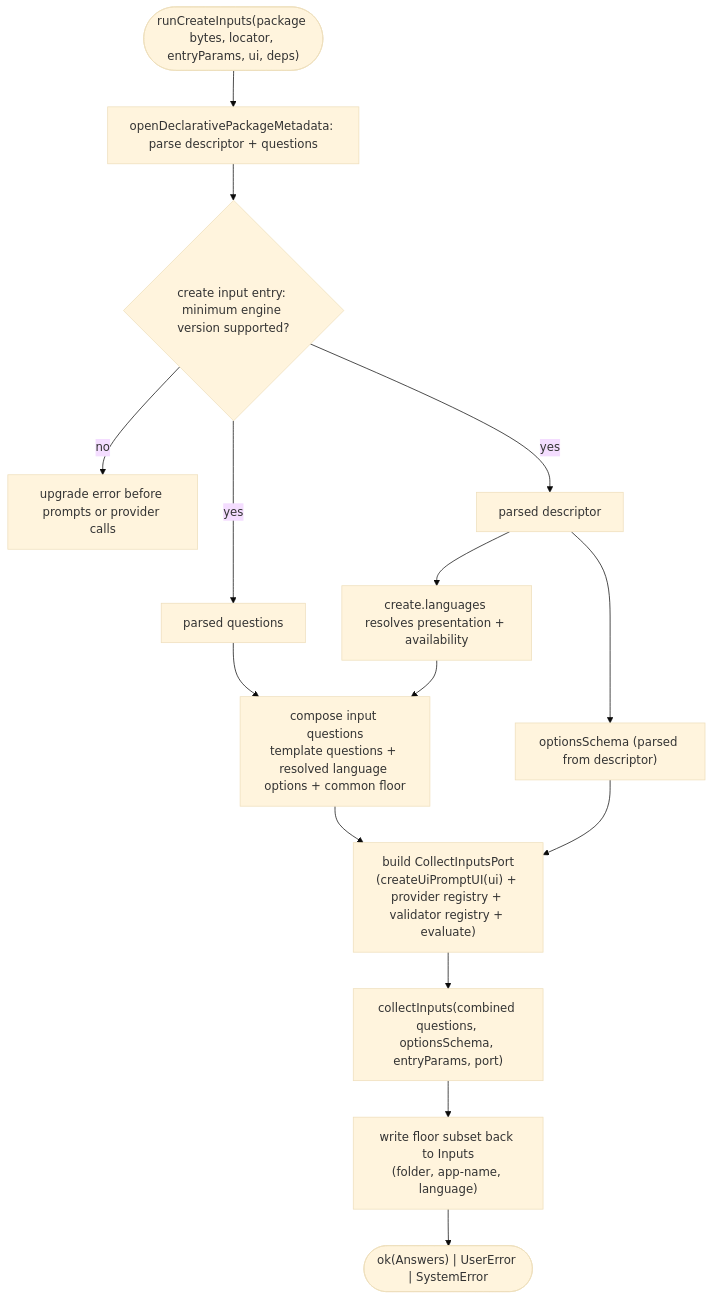
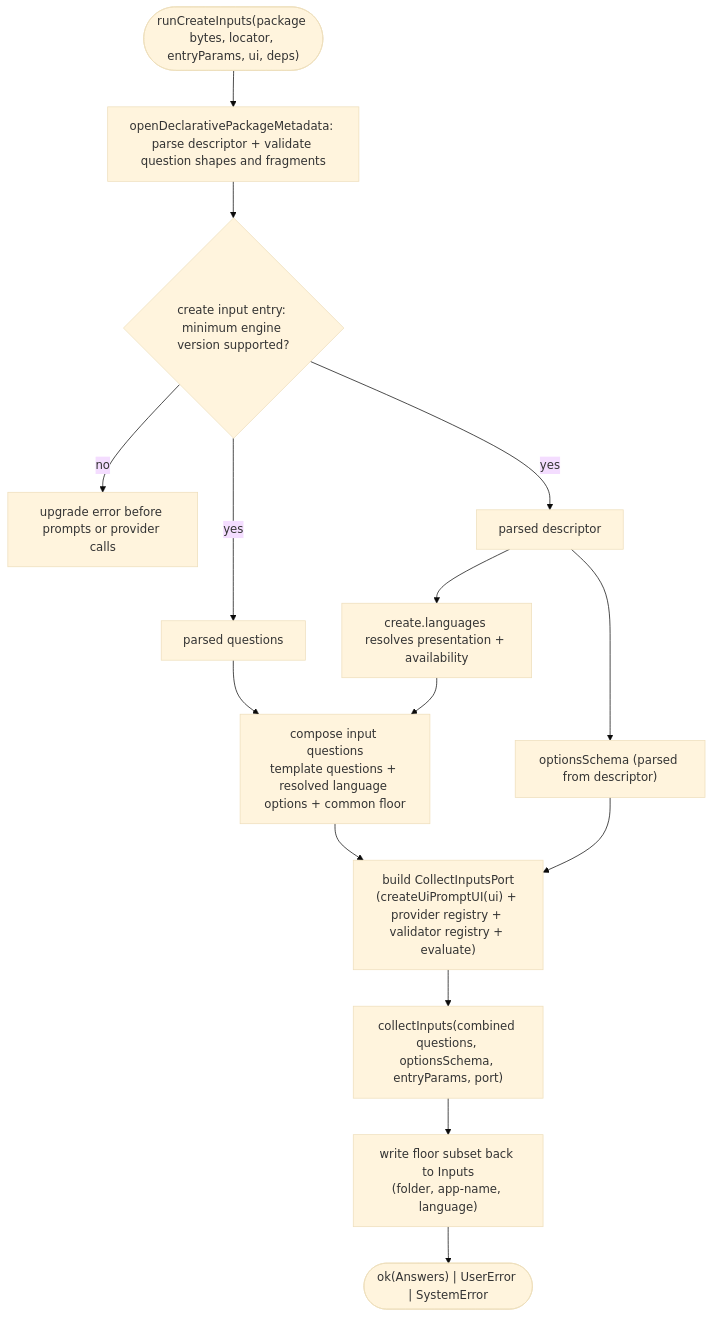
One commit to OfficeDev/microsoft-365-agents-toolkit changed the diagram in docs/03-specs/operations/scaffolding/collect-create-inputs.md. Above: the diagram before and after it, drawn with Mermaid (base theme). The commit also changed other lines of this file and 10 other files, not shown here.

````diff
--- a/docs/03-specs/operations/scaffolding/collect-create-inputs.md
+++ b/docs/03-specs/operations/scaffolding/collect-create-inputs.md
@@ -187,17 +199,17 @@
 ```mermaid
 flowchart TD
-  start(["runCreateInputs(package bytes, locator, entryParams, ui, deps)"]) --> metadata["openDeclarativePackageMetadata: parse descriptor + questions"]
+  start(["runCreateInputs(package bytes, locator, entryParams, ui, deps)"]) --> metadata["openDeclarativePackageMetadata: parse descriptor + validate question shapes and fragments"]
   metadata --> version{"create input entry: minimum engine version supported?"}
   version -->|no| upgrade["upgrade error before prompts or provider calls"]
   version -->|yes| q["parsed questions"]
   version -->|yes| d["parsed descriptor"]
   d --> os["optionsSchema (parsed from descriptor)"]
   d --> languages["create.languages resolves presentation + availability"]
   q --> compose["compose input questions\ntemplate questions + resolved language options + common floor"]
   languages --> compose
   compose --> port
   os --> port["build CollectInputsPort\n(createUiPromptUI(ui) + provider registry + validator registry + evaluate)"]
   port --> ci["collectInputs(combined questions, optionsSchema, entryParams, port)"]
   ci --> wb["write floor subset back to Inputs\n(folder, app-name, language)"]
   wb --> out(["ok(Answers) | UserError | SystemError"])
 ```
````
